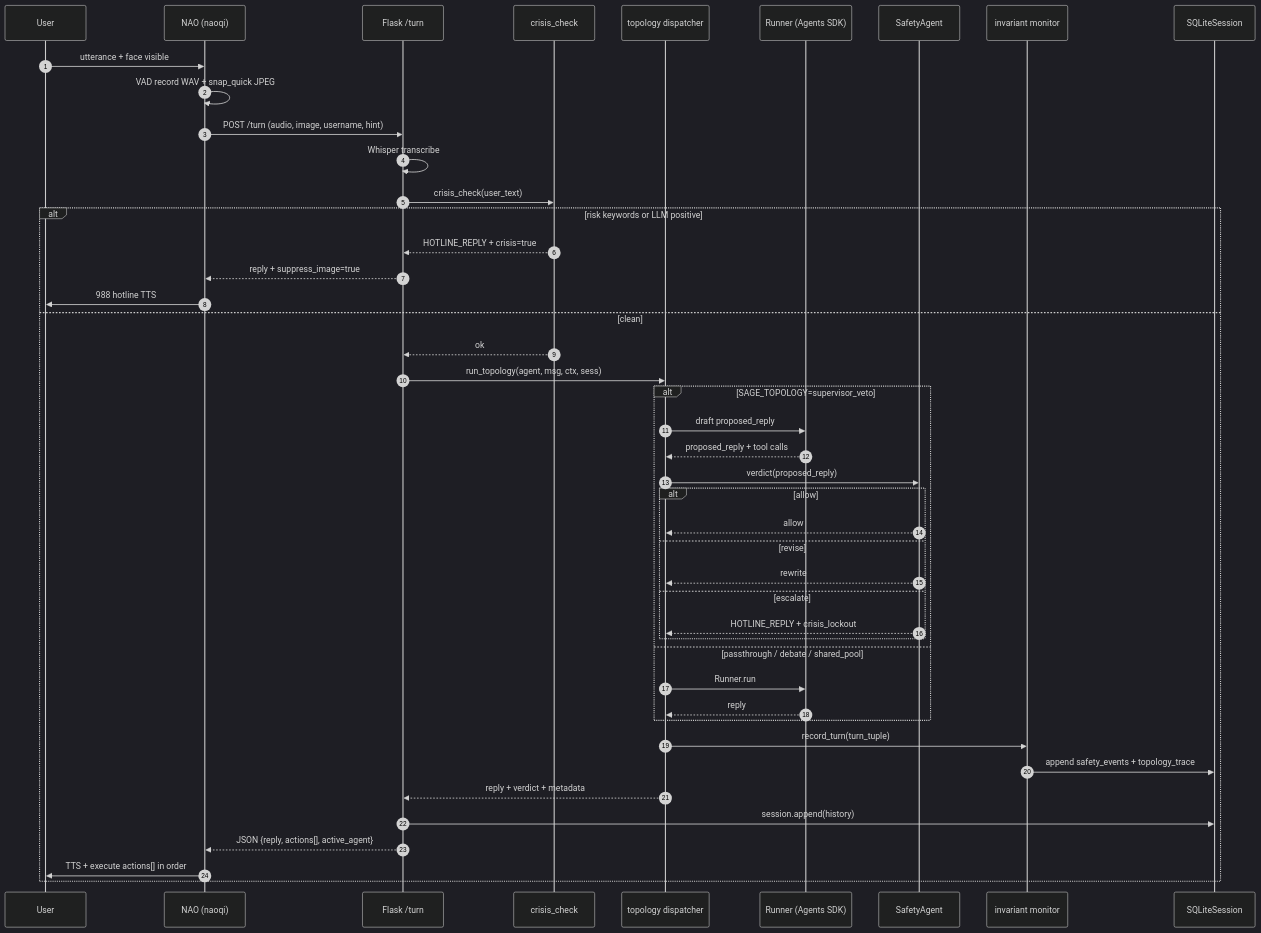
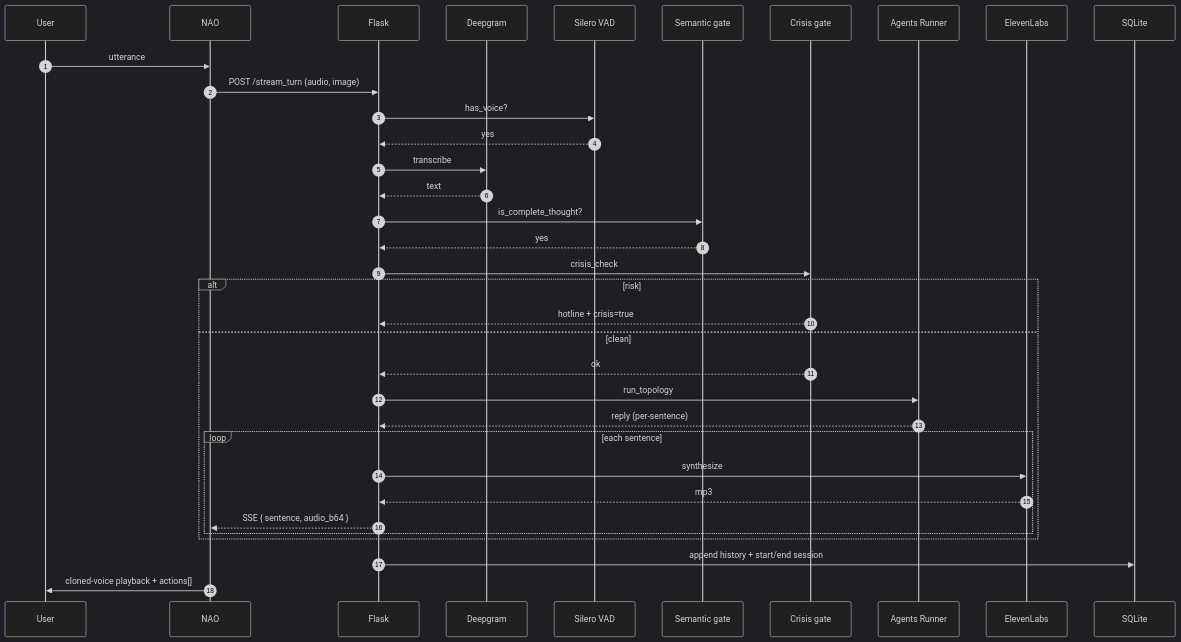
Before and after one commit to theaayushstha1/Nao-OpenAI-Morgan-Assist: the third of 4 diagrams in README.md, drawn with Mermaid (dark theme). The commit also changed other lines of this file and 1 other file, not shown here.

First line of the commit message:
Docs: rewrite README + refresh LICENSE attribution

````diff
--- a/README.md
+++ b/README.md
@@ -376,48 +240,38 @@
 ```mermaid
 sequenceDiagram
     autonumber
     participant U as User
-    participant N as NAO (naoqi)
-    participant F as Flask /turn
-    participant G as crisis_check
-    participant T as topology dispatcher
-    participant R as Runner (Agents SDK)
-    participant S as SafetyAgent
-    participant I as invariant monitor
-    participant DB as SQLiteSession
+    participant N as NAO
+    participant F as Flask
+    participant D as Deepgram
+    participant V as Silero VAD
+    participant S as Semantic gate
+    participant G as Crisis gate
+    participant R as Agents Runner
+    participant E as ElevenLabs
+    participant DB as SQLite
 
-    U->>N: utterance + face visible
-    N->>N: VAD record WAV + snap_quick JPEG
-    N->>F: POST /turn (audio, image, username, hint)
-    F->>F: Whisper transcribe
-    F->>G: crisis_check(user_text)
-    alt risk keywords or LLM positive
-        G-->>F: HOTLINE_REPLY + crisis=true
-        F-->>N: reply + suppress_image=true
-        N->>U: 988 hotline TTS
+    U->>N: utterance
+    N->>F: POST /stream_turn (audio, image)
+    F->>V: has_voice?
+    V-->>F: yes
+    F->>D: transcribe
+    D-->>F: text
+    F->>S: is_complete_thought?
+    S-->>F: yes
+    F->>G: crisis_check
+    alt risk
+        G-->>F: hotline + crisis=true
     else clean
         G-->>F: ok
-        F->>T: run_topology(agent, msg, ctx, sess)
-        alt SAGE_TOPOLOGY=supervisor_veto
-            T->>R: draft proposed_reply
-            R-->>T: proposed_reply + tool calls
-            T->>S: verdict(proposed_reply)
-            alt allow
-                S-->>T: allow
-            else revise
-                S-->>T: rewrite
-            else escalate
-                S-->>T: HOTLINE_REPLY + crisis_lockout
-            end
-        else passthrough / debate / shared_pool
-            T->>R: Runner.run
-            R-->>T: reply
+        F->>R: run_topology
+        R-->>F: reply (per-sentence)
+        loop each sentence
+            F->>E: synthesize
+            E-->>F: mp3
+            F-->>N: SSE { sentence, audio_b64 }
         end
-        T->>I: record_turn(turn_tuple)
-        I->>DB: append safety_events + topology_trace
-        T-->>F: reply + verdict + metadata
-        F->>DB: session.append(history)
-        F-->>N: JSON {reply, actions[], active_agent}
-        N->>U: TTS + execute actions[] in order
     end
+    F->>DB: append history + start/end session
+    N->>U: cloned-voice playback + actions[]
 ```
````
